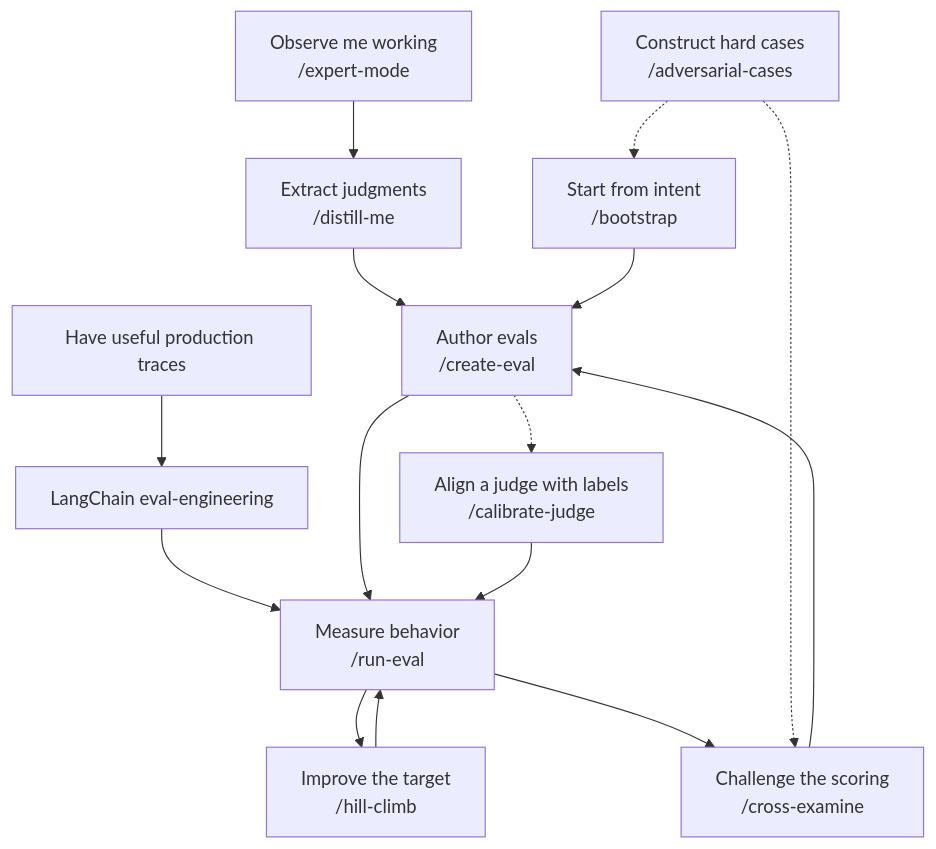
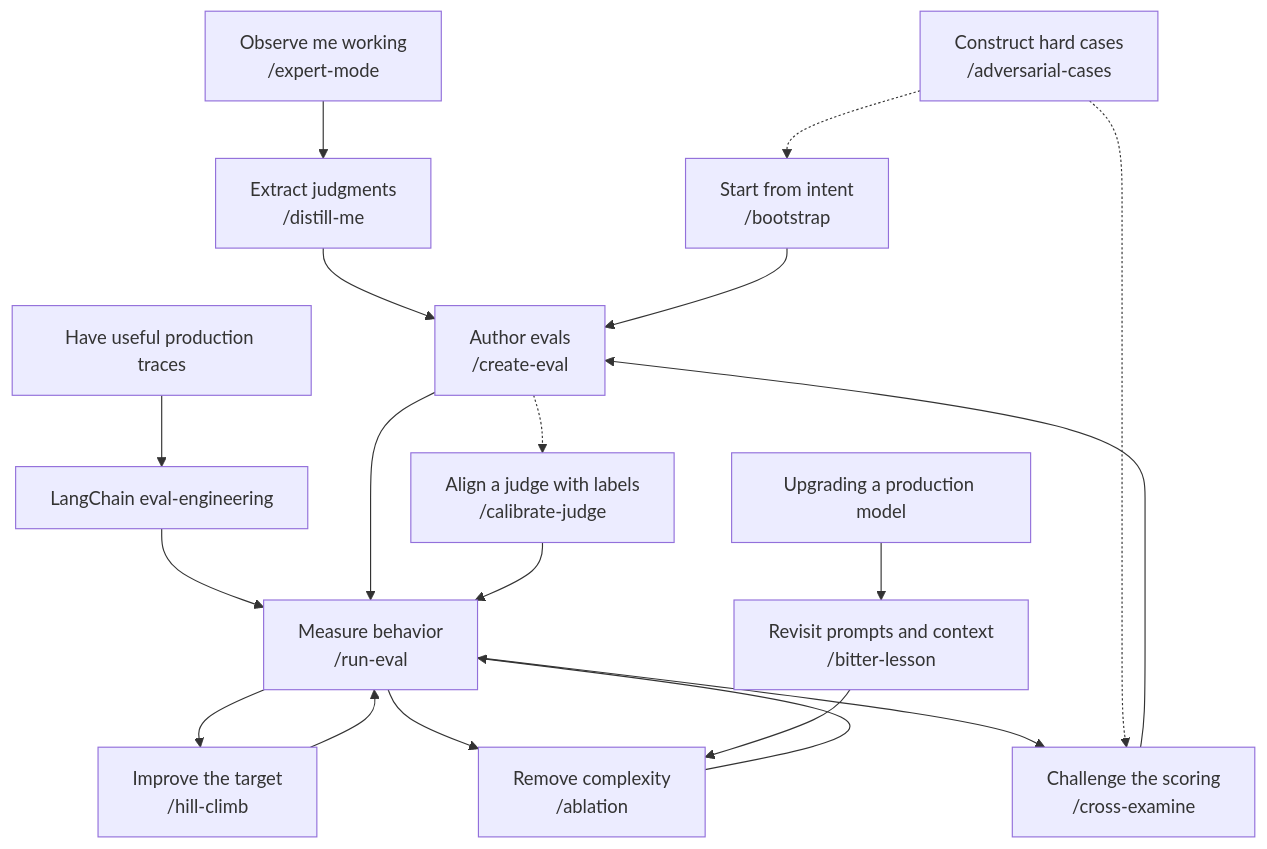
Before and after one commit to theclaymethod/cstack: the diagram in README.md, drawn with Mermaid. The commit also changed other lines of this file and 2065 other files, not shown here.

````diff
--- a/README.md
+++ b/README.md
@@ -9,17 +9,21 @@
 ```mermaid
 flowchart TD
     O["Observe me working<br/>/expert-mode"] --> D["Extract judgments<br/>/distill-me"]
     D --> C["Author evals<br/>/create-eval"]
     B["Start from intent<br/>/bootstrap"] --> C
     P["Have useful production traces"] --> E["LangChain eval-engineering"]
     E --> R["Measure behavior<br/>/run-eval"]
     C --> R
     C -.-> J["Align a judge with labels<br/>/calibrate-judge"]
     J --> R
     R --> H["Improve the target<br/>/hill-climb"]
     H --> R
+    R --> L["Remove complexity<br/>/ablation"]
+    L --> R
+    M["Upgrading a production model"] --> BL["Revisit prompts and context<br/>/bitter-lesson"]
+    BL --> L
     R --> X["Challenge the scoring<br/>/cross-examine"]
     X --> C
     A["Construct hard cases<br/>/adversarial-cases"] -.-> B
     A -.-> X
 ```
````
